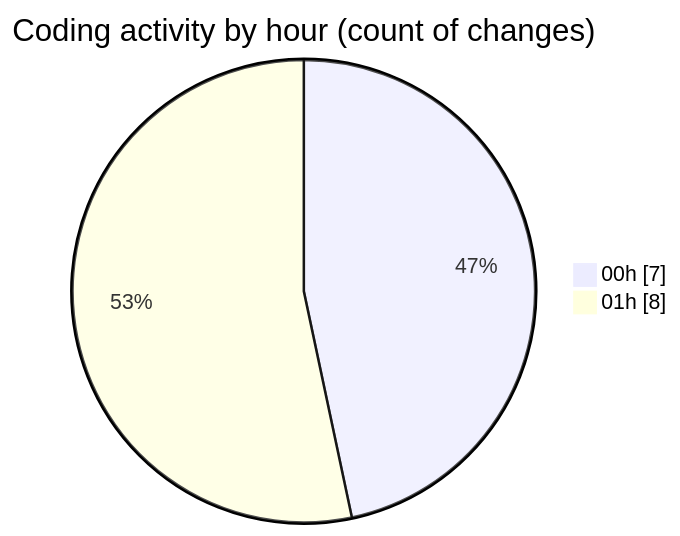
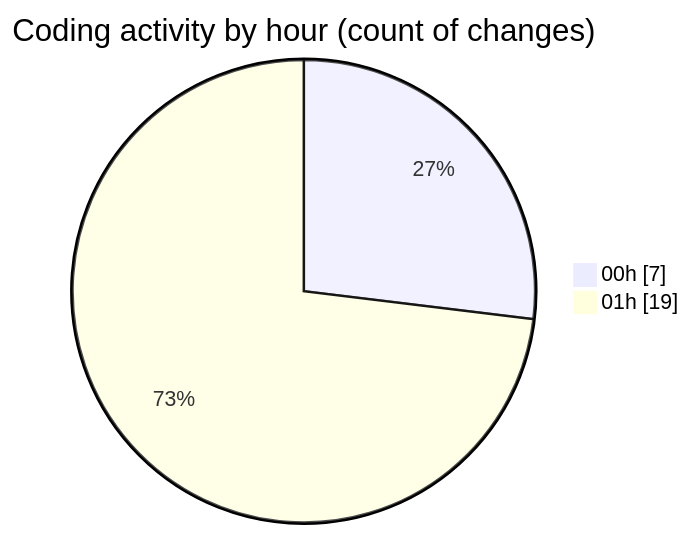
Before and after one commit to julien-gomy/code-tracking: the second of 2 diagrams in 2025-10-07/eventscop-frontend-guide__workspace_/README.md, drawn with Mermaid. The commit also changed other lines of this file and 1 other file, not shown here.

````diff
--- a/2025-10-07/eventscop-frontend-guide__workspace_/README.md
+++ b/2025-10-07/eventscop-frontend-guide__workspace_/README.md
@@ -35,6 +45,6 @@
 ```mermaid
 pie showData
 title Coding activity by hour (count of changes)
 "00h" : 7
-"01h" : 8
+"01h" : 19
 ```
````
